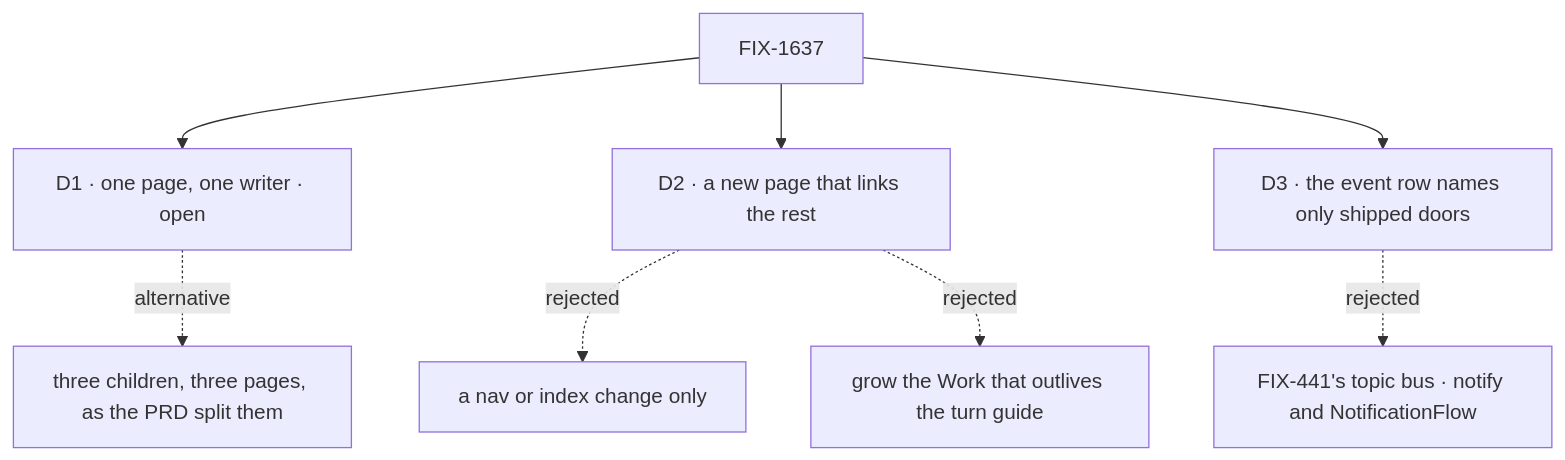
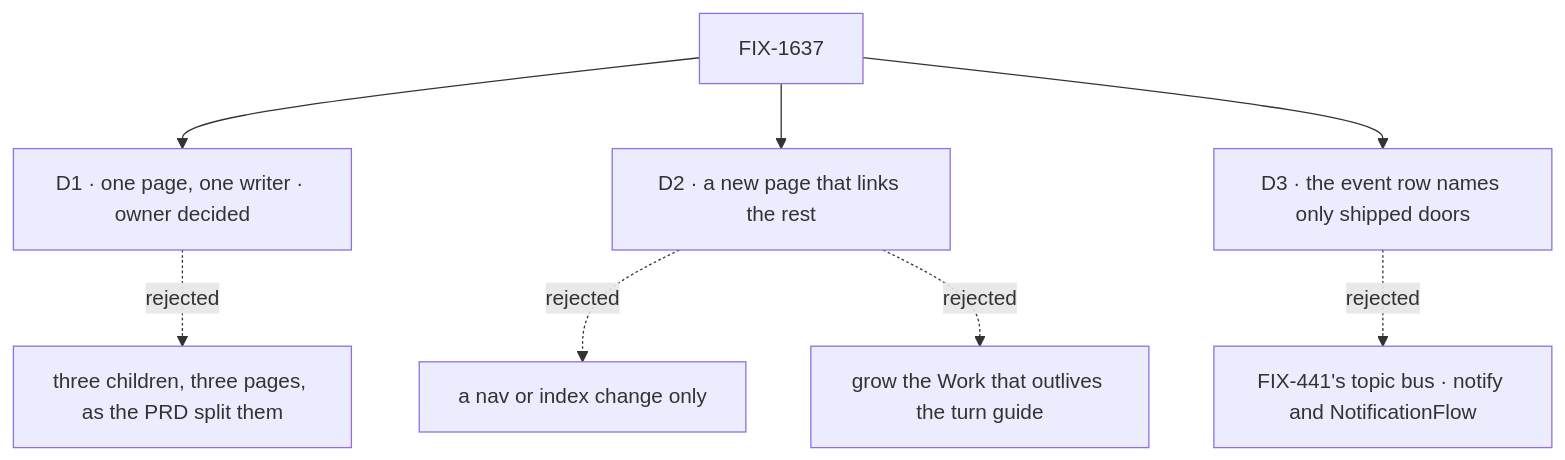
Before and after one commit to fixpoint-labs/flow-state-dev: the diagram in specs/epics/FIX-1637/DECISIONS.md, drawn with Mermaid. The commit also changed other lines of this file and 8 other files, not shown here.

````diff
--- a/specs/epics/FIX-1637/DECISIONS.md
+++ b/specs/epics/FIX-1637/DECISIONS.md
@@ -11,10 +11,10 @@
 ```mermaid
 flowchart TD
-  E["FIX-1637"] --> D1["D1 · one page, one writer · open"]
-  D1 -.->|"alternative"| X1["three children, three pages, as the PRD split them"]
+  E["FIX-1637"] --> D1["D1 · one page, one writer · owner decided"]
+  D1 -.->|"rejected"| X1["three children, three pages, as the PRD split them"]
   E --> D2["D2 · a new page that links the rest"]
   D2 -.->|"rejected"| X2["a nav or index change only"]
   D2 -.->|"rejected"| X2b["grow the Work that outlives the turn guide"]
   E --> D3["D3 · the event row names only shipped doors"]
   D3 -.->|"rejected"| X3["FIX-441's topic bus · notify and NotificationFlow"]
 ```
````
